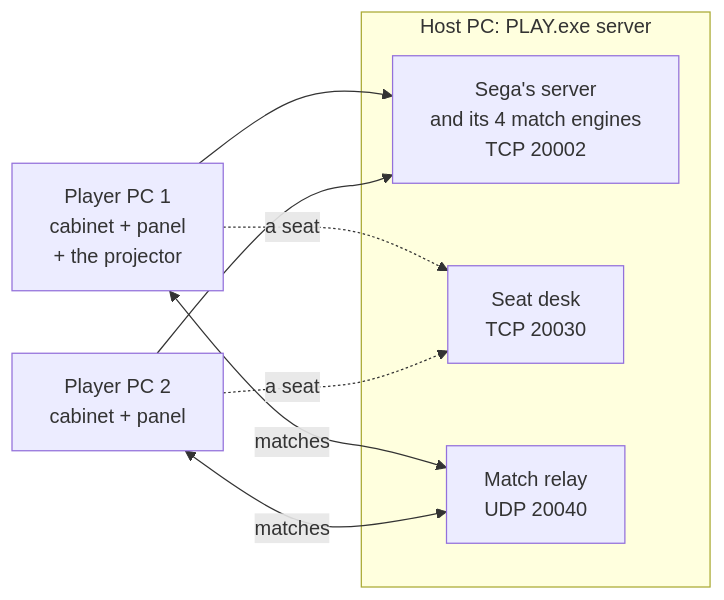
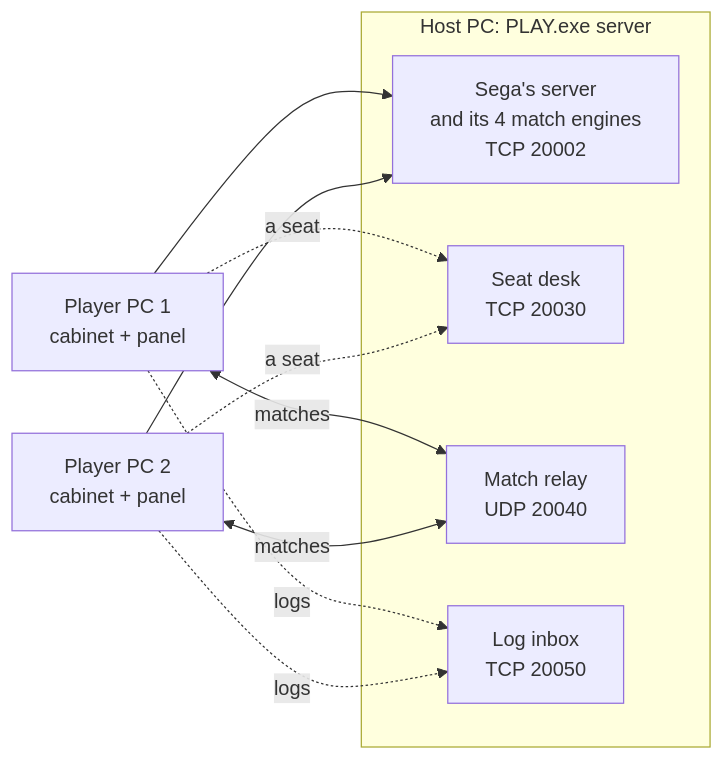
Before and after one commit to Forza-WCCF/WCCF-Kit-1011: the diagram in .github/README.md, drawn with Mermaid. The commit also changed other lines of this file and 1 other file, not shown here.

First line of the commit message:
GitHub front page for Kit 6: a new banner from today's panel, a download link, what is new, folders, logs

````diff
--- a/.github/README.md
+++ b/.github/README.md
@@ -49,14 +67,17 @@
 ```mermaid
 flowchart LR
   subgraph host["Host PC: PLAY.exe server"]
     control["Sega's server<br/>and its 4 match engines<br/>TCP 20002"]
     desk["Seat desk<br/>TCP 20030"]
     relay["Match relay<br/>UDP 20040"]
+    inbox["Log inbox<br/>TCP 20050"]
   end
-  p1["Player PC 1<br/>cabinet + panel<br/>+ the projector"] --> control
+  p1["Player PC 1<br/>cabinet + panel"] --> control
   p2["Player PC 2<br/>cabinet + panel"] --> control
   p1 -. "a seat" .-> desk
   p2 -. "a seat" .-> desk
   p1 <-- "matches" --> relay
   p2 <-- "matches" --> relay
+  p1 -. "logs" .-> inbox
+  p2 -. "logs" .-> inbox
 ```
````
